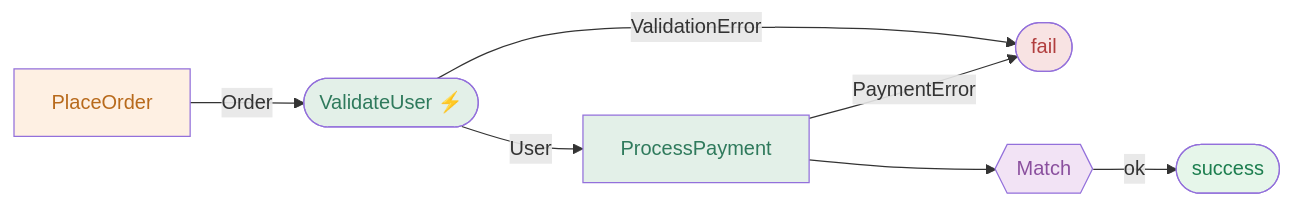
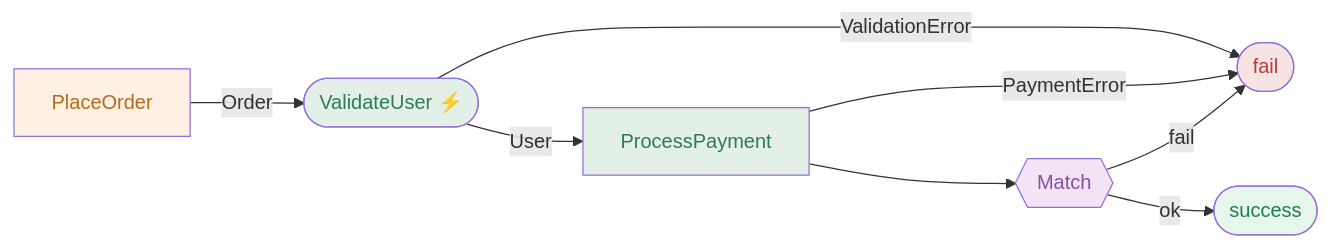
One commit to reslava/nuget-package-reslava-result changed the first of 6 diagrams in mkdocs/resultflow/diagrams/index.md. Above: the diagram before and after it, drawn with Mermaid. The commit also changed other lines of this file and 19 other files, not shown here.

````diff
--- a/mkdocs/resultflow/diagrams/index.md
+++ b/mkdocs/resultflow/diagrams/index.md
@@ -16,23 +16,24 @@
 ```mermaid
 flowchart LR
   N0_PlaceOrder["PlaceOrder"]:::operation
   N1_ValidateUser(["ValidateUser ⚡"]):::transform
   N2_ProcessPayment["ProcessPayment"]:::transform
   N3_Match{{"Match"}}:::terminal
 
   N0_PlaceOrder -->|"Order"| N1_ValidateUser
   N1_ValidateUser -->|"ValidationError"| FAIL
   N1_ValidateUser -->|"User"| N2_ProcessPayment
   N2_ProcessPayment -->|"PaymentError"| FAIL
   N2_ProcessPayment --> N3_Match
   N3_Match -->|ok| SUCCESS
+  N3_Match -->|fail| FAIL
 
   FAIL([fail]):::failure
   SUCCESS([success]):::success
 
   classDef operation  fill:#fef0e3,color:#b86a1c
   classDef transform  fill:#e3f0e8,color:#2f7a5c
   classDef terminal   fill:#f2e3f5,color:#8a4f9e
   classDef failure    fill:#f8e3e3,color:#b13e3e
   classDef success    fill:#e6f6ea,color:#1c7e4f
 ```
````
